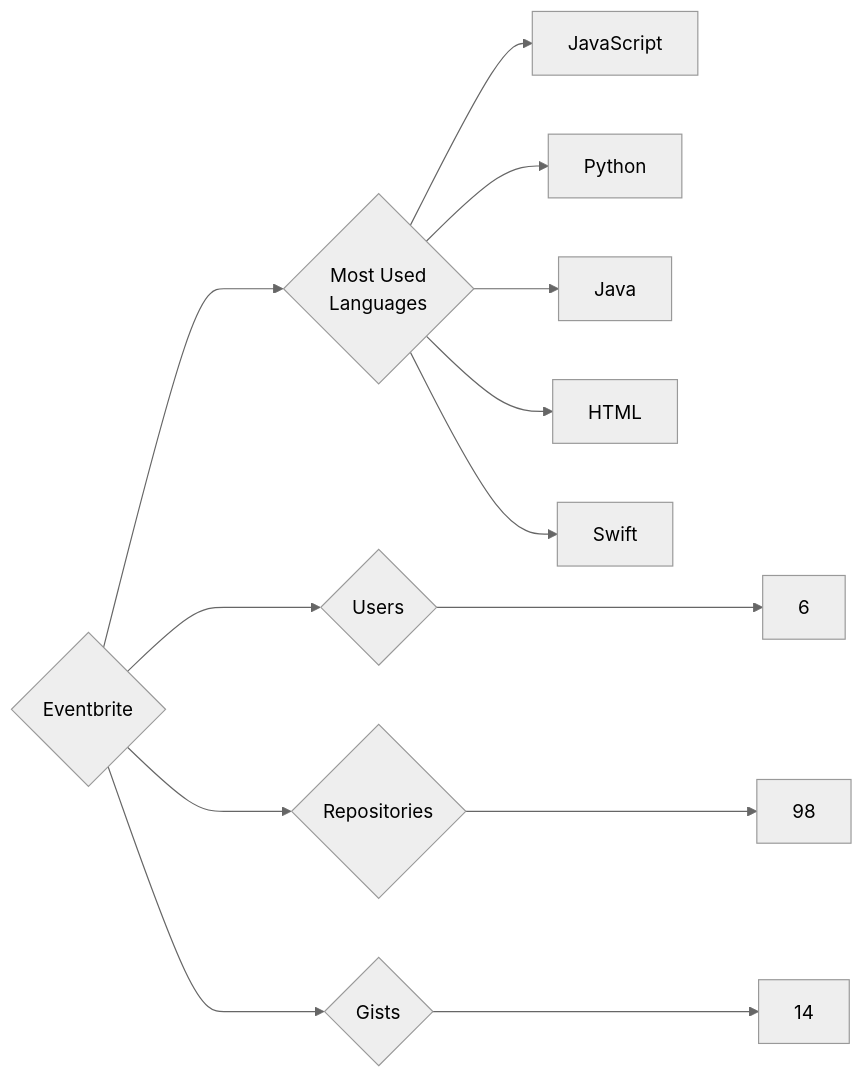
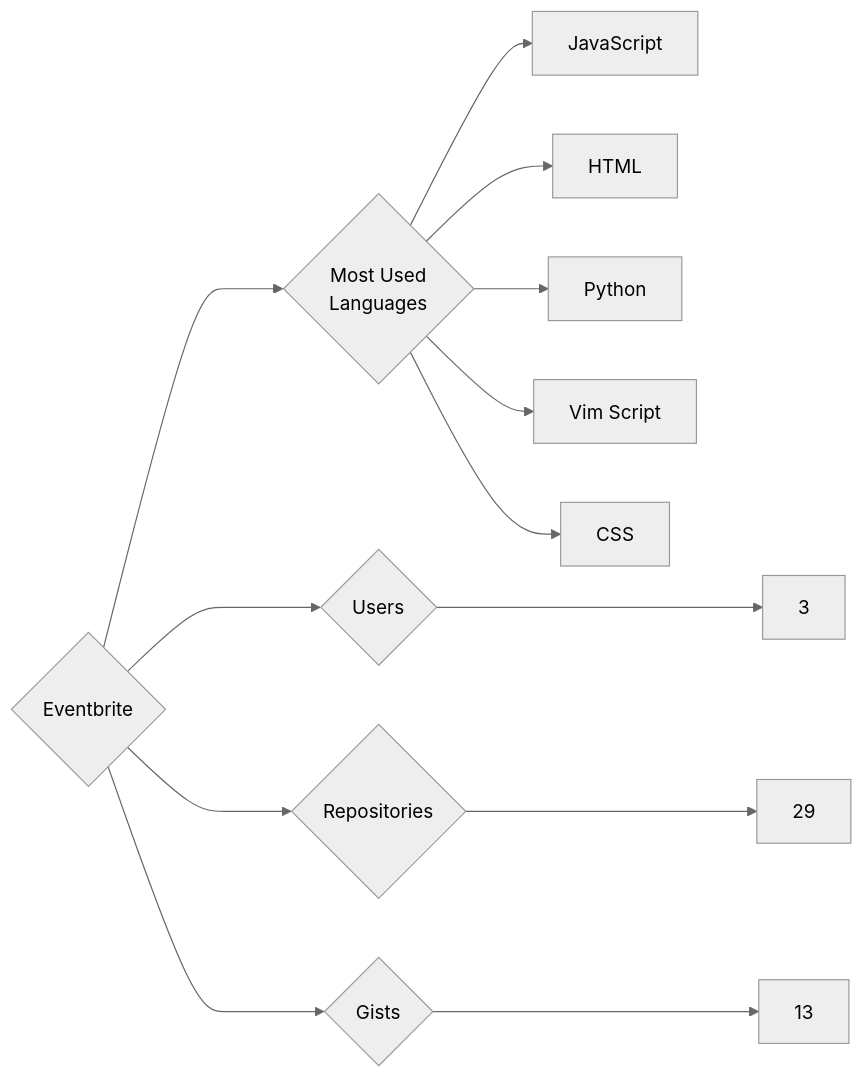
The diagram in targets/Eventbrite/README.md (trickest/insiders), drawn with Mermaid (neutral theme) before and after one commit. The commit also changed 693 other files, not shown here.

````diff
--- a/targets/Eventbrite/README.md
+++ b/targets/Eventbrite/README.md
@@ -3,13 +3,13 @@
 ```mermaid
 graph LR
 COMPANY_NAME{Eventbrite}
-COMPANY_NAME ---> U{Users} ---> UN[6]
-COMPANY_NAME ---> R{Repositories} ---> RN[98]
-COMPANY_NAME ---> G{Gists} ---> GN[14]
+COMPANY_NAME ---> U{Users} ---> UN[3]
+COMPANY_NAME ---> R{Repositories} ---> RN[29]
+COMPANY_NAME ---> G{Gists} ---> GN[13]
 COMPANY_NAME ---> ML{Most Used<br>Languages}
 ML --> JavaScript[JavaScript]
+ML --> HTML[HTML]
 ML --> Python[Python]
-ML --> Java[Java]
-ML --> HTML[HTML]
-ML --> Swift[Swift]
+ML --> Vim_Script[Vim Script]
+ML --> CSS[CSS]
 ```
````
